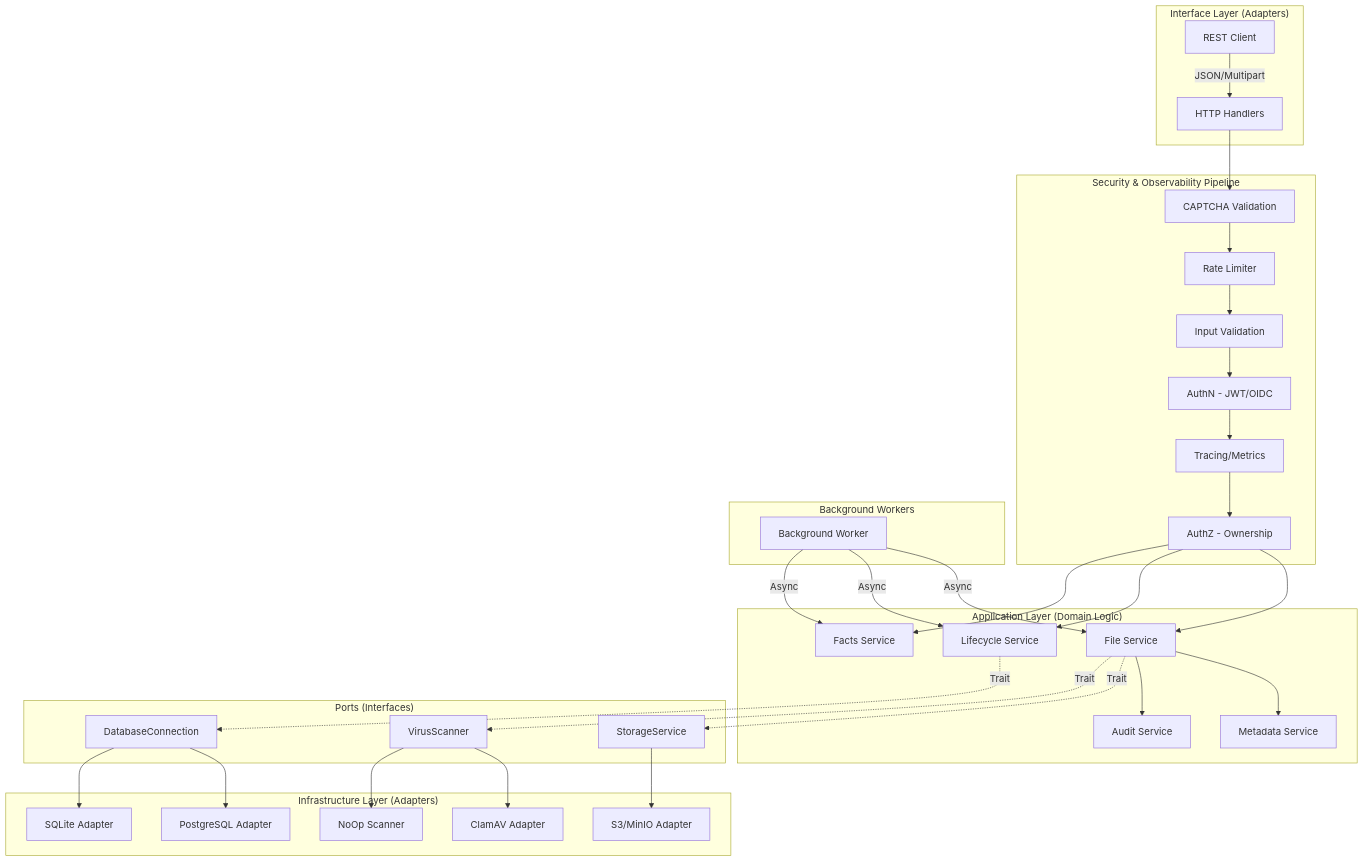
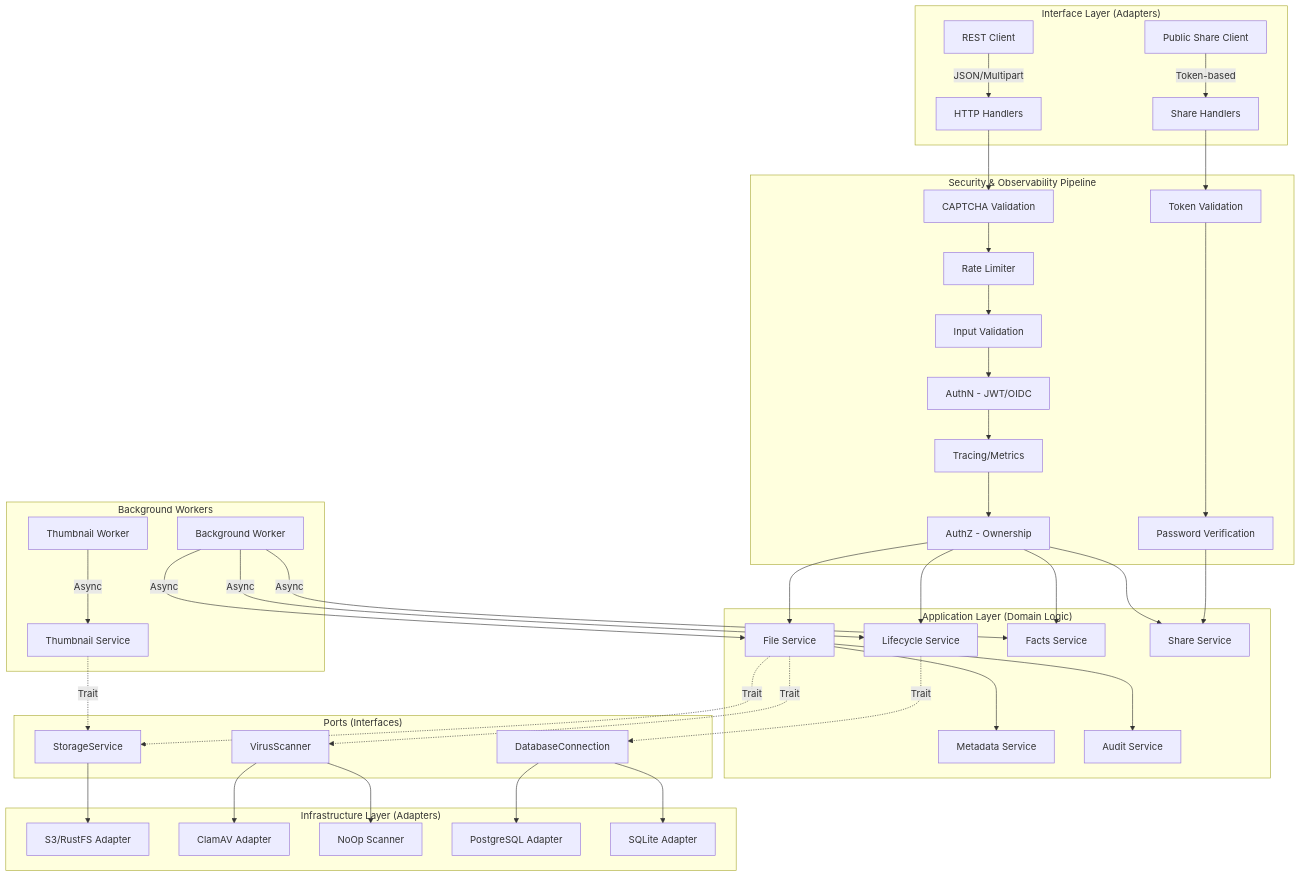
The diagram in api/ARCHITECTURE.md (appsjuragan/rust-file-backend), drawn with Mermaid before and after one commit. The commit also changed other lines of this file and 14 other files, not shown here.

````diff
--- a/api/ARCHITECTURE.md
+++ b/api/ARCHITECTURE.md
@@ -32,43 +34,50 @@
 ```mermaid
 graph TD
     subgraph "Interface Layer (Adapters)"
         Client[REST Client] -->|JSON/Multipart| Handlers[HTTP Handlers]
+        PublicClient[Public Share Client] -->|Token-based| ShareHandlers[Share Handlers]
     end
 
     subgraph "Security & Observability Pipeline"
         Handlers --> CAP[CAPTCHA Validation]
         CAP --> RL[Rate Limiter]
         RL --> IV[Input Validation]
         IV --> AN[AuthN - JWT/OIDC]
         AN --> TR[Tracing/Metrics]
         TR --> AZ[AuthZ - Ownership]
+        ShareHandlers --> IV2[Token Validation]
+        IV2 --> PW[Password Verification]
     end
 
     subgraph "Application Layer (Domain Logic)"
         AZ --> FS[File Service]
         AZ --> SL[Lifecycle Service]
         AZ --> FF[Facts Service]
+        AZ --> SS[Share Service]
+        PW --> SS
         FS --> MS[Metadata Service]
         FS --> AS[Audit Service]
     end
 
     subgraph "Ports (Interfaces)"
         FS -.->|Trait| P_Storage[StorageService]
         FS -.->|Trait| P_Scan[VirusScanner]
         SL -.->|Trait| P_DB[DatabaseConnection]
     end
 
     subgraph "Infrastructure Layer (Adapters)"
-        P_Storage --> S3[S3/MinIO Adapter]
+        P_Storage --> S3[S3/RustFS Adapter]
         P_Scan --> ClamAV[ClamAV Adapter]
         P_Scan --> NoOp[NoOp Scanner]
         P_DB --> Postgres[PostgreSQL Adapter]
         P_DB --> SQLite[SQLite Adapter]
     end
 
     subgraph "Background Workers"
         Worker[Background Worker] -->|Async| FS
         Worker -->|Async| SL
         Worker -->|Async| FF
+        ThumbWorker[Thumbnail Worker] -->|Async| TS[Thumbnail Service]
+        TS -.->|Trait| P_Storage
     end
 ```
````
